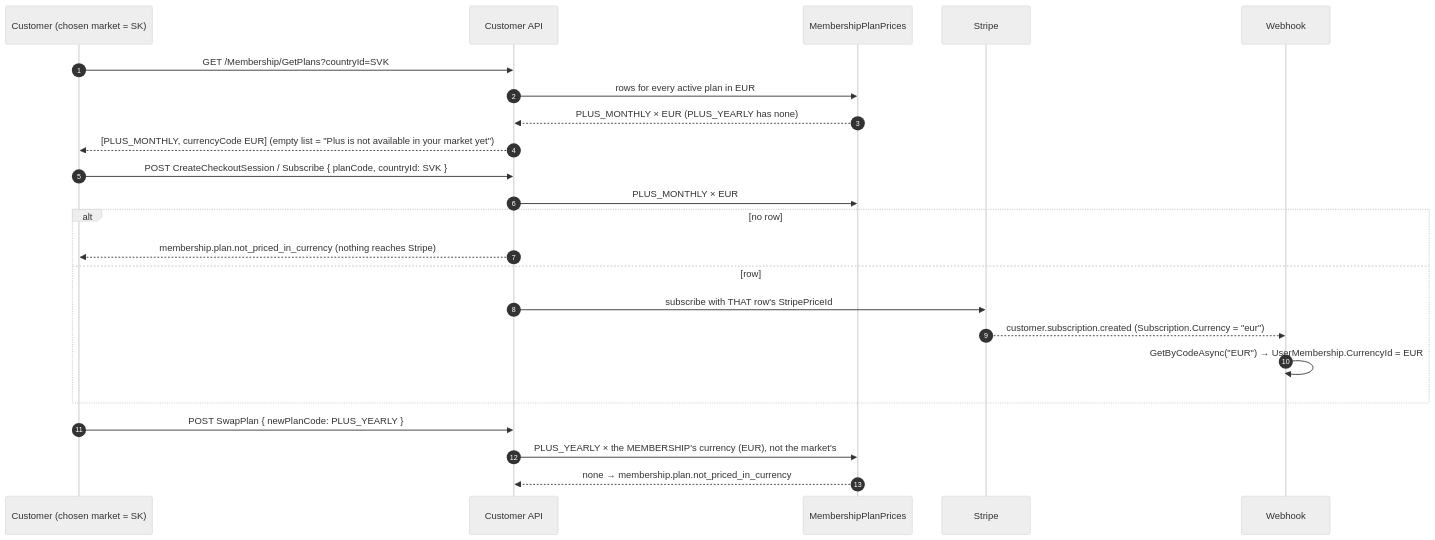
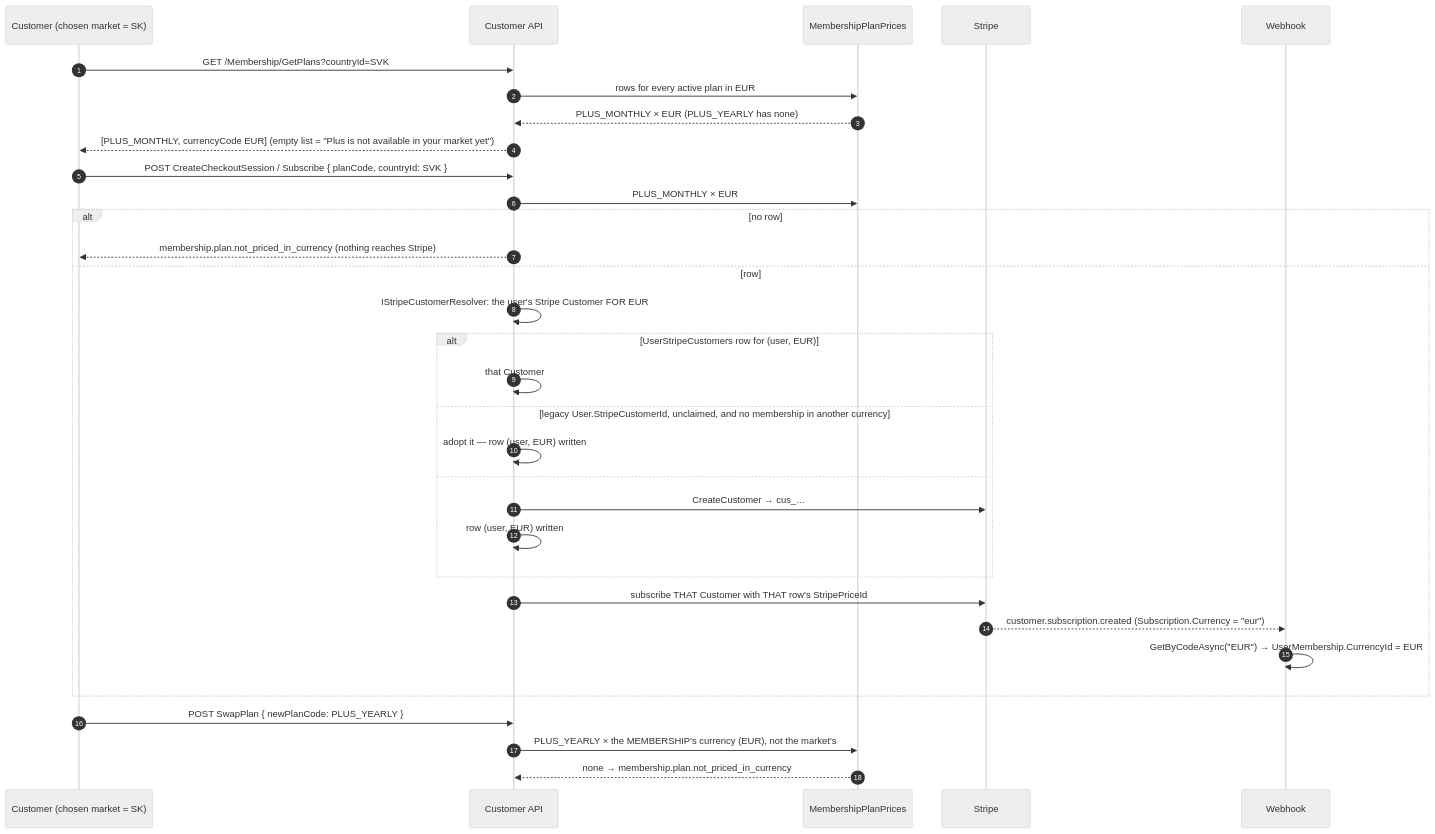
One commit to VM-s-Solutions/cleansia changed the first of 2 diagrams in docs/flows/loyalty-and-memberships.md. Above: the diagram before and after it, drawn with Mermaid (neutral theme). The commit also changed other lines of this file and 15 other files, not shown here.

````diff
--- a/docs/flows/loyalty-and-memberships.md
+++ b/docs/flows/loyalty-and-memberships.md
@@ -42,28 +42,37 @@
 ```mermaid
 sequenceDiagram
   autonumber
   participant C as Customer (chosen market = SK)
   participant API as Customer API
   participant R as MembershipPlanPrices
   participant S as Stripe
   participant W as Webhook
 
   C->>API: GET /Membership/GetPlans?countryId=SVK
   API->>R: rows for every active plan in EUR
   R-->>API: PLUS_MONTHLY × EUR (PLUS_YEARLY has none)
   API-->>C: [PLUS_MONTHLY, currencyCode EUR]  (empty list = "Plus is not available in your market yet")
 
   C->>API: POST CreateCheckoutSession / Subscribe { planCode, countryId: SVK }
   API->>R: PLUS_MONTHLY × EUR
   alt no row
     API-->>C: membership.plan.not_priced_in_currency (nothing reaches Stripe)
   else row
-    API->>S: subscribe with THAT row's StripePriceId
+    API->>API: IStripeCustomerResolver: the user's Stripe Customer FOR EUR
+    alt UserStripeCustomers row for (user, EUR)
+      API->>API: that Customer
+    else legacy User.StripeCustomerId, unclaimed, and no membership in another currency
+      API->>API: adopt it — row (user, EUR) written
+    else
+      API->>S: CreateCustomer → cus_…
+      API->>API: row (user, EUR) written
+    end
+    API->>S: subscribe THAT Customer with THAT row's StripePriceId
     S-->>W: customer.subscription.created (Subscription.Currency = "eur")
     W->>W: GetByCodeAsync("EUR") → UserMembership.CurrencyId = EUR
   end
 
   C->>API: POST SwapPlan { newPlanCode: PLUS_YEARLY }
   API->>R: PLUS_YEARLY × the MEMBERSHIP's currency (EUR), not the market's
   R-->>API: none → membership.plan.not_priced_in_currency
 ```
````
